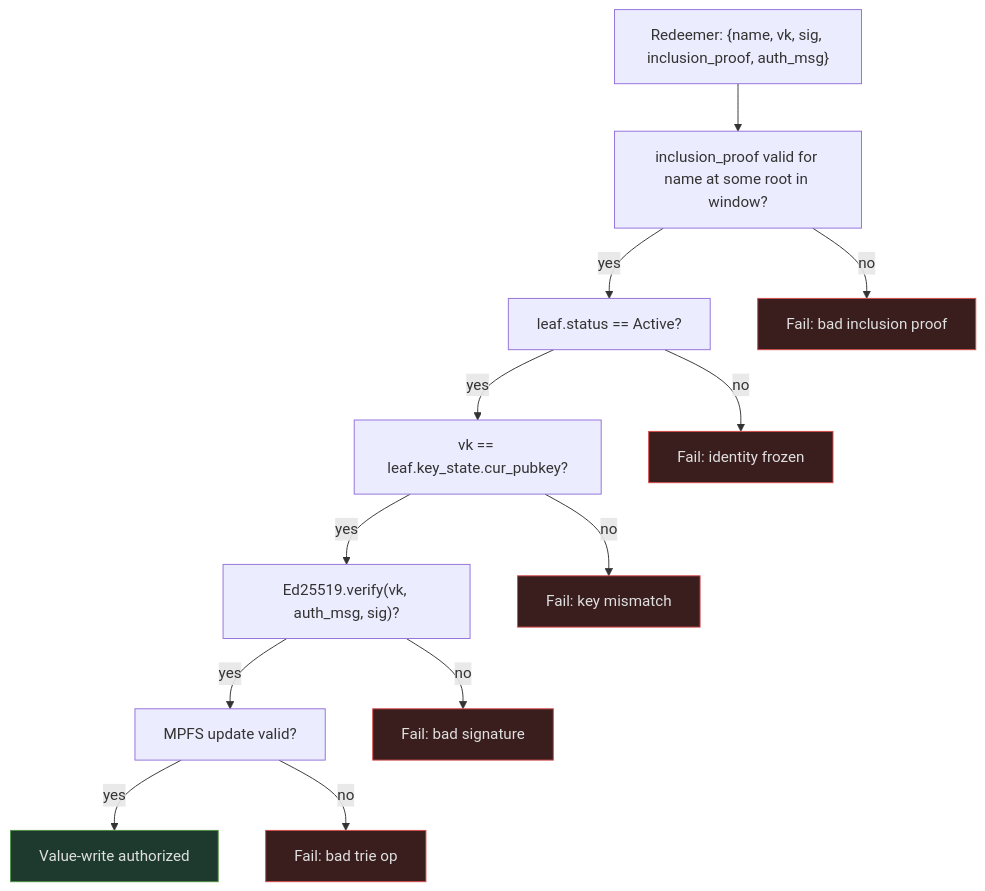
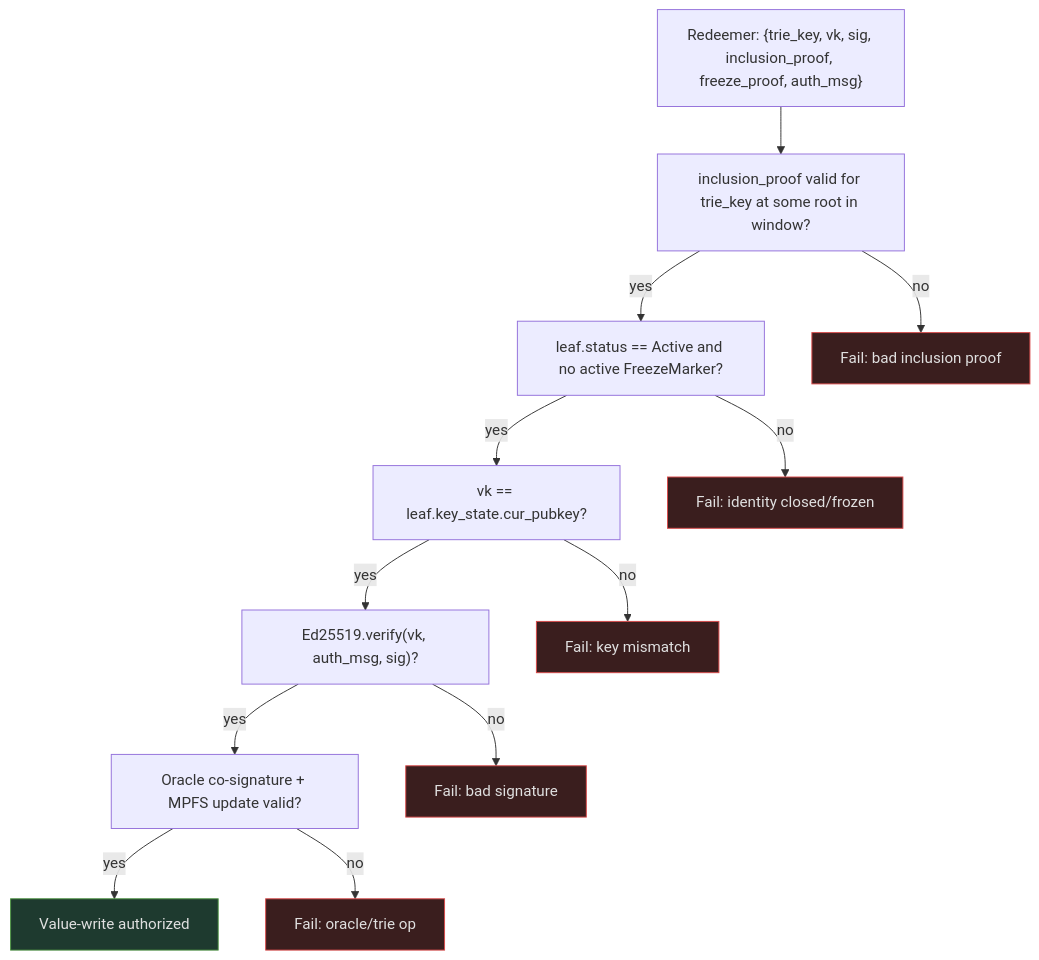
One commit to lambdasistemi/cardano-keri changed the first of 2 diagrams in docs/architecture/value-auth.md. Above: the diagram before and after it, drawn with Mermaid. The commit also changed other lines of this file and 3 other files, not shown here.

````diff
--- a/docs/architecture/value-auth.md
+++ b/docs/architecture/value-auth.md
@@ -50,22 +67,22 @@
 ```mermaid
 flowchart TD
-    A["Redeemer: {name, vk, sig, inclusion_proof, auth_msg}"] --> B
-    B["inclusion_proof valid for name at some root in window?"]
-    B -->|yes| C["leaf.status == Active?"]
+    A["Redeemer: {trie_key, vk, sig, inclusion_proof, freeze_proof, auth_msg}"] --> B
+    B["inclusion_proof valid for trie_key at some root in window?"]
+    B -->|yes| C["leaf.status == Active and no active FreezeMarker?"]
     B -->|no| FAIL1["Fail: bad inclusion proof"]
     C -->|yes| D["vk == leaf.key_state.cur_pubkey?"]
-    C -->|no| FAIL2["Fail: identity frozen"]
+    C -->|no| FAIL2["Fail: identity closed/frozen"]
     D -->|yes| E["Ed25519.verify(vk, auth_msg, sig)?"]
     D -->|no| FAIL3["Fail: key mismatch"]
-    E -->|yes| F["MPFS update valid?"]
+    E -->|yes| F["Oracle co-signature + MPFS update valid?"]
     E -->|no| FAIL4["Fail: bad signature"]
     F -->|yes| OK["Value-write authorized"]
-    F -->|no| FAIL5["Fail: bad trie op"]
+    F -->|no| FAIL5["Fail: oracle/trie op"]
 
     style OK fill:#1e3a2f,stroke:#4a9040,color:#e0e0e0
     style FAIL1 fill:#3a1e1e,stroke:#d94a4a,color:#e0e0e0
     style FAIL2 fill:#3a1e1e,stroke:#d94a4a,color:#e0e0e0
     style FAIL3 fill:#3a1e1e,stroke:#d94a4a,color:#e0e0e0
     style FAIL4 fill:#3a1e1e,stroke:#d94a4a,color:#e0e0e0
     style FAIL5 fill:#3a1e1e,stroke:#d94a4a,color:#e0e0e0
 ```
````
